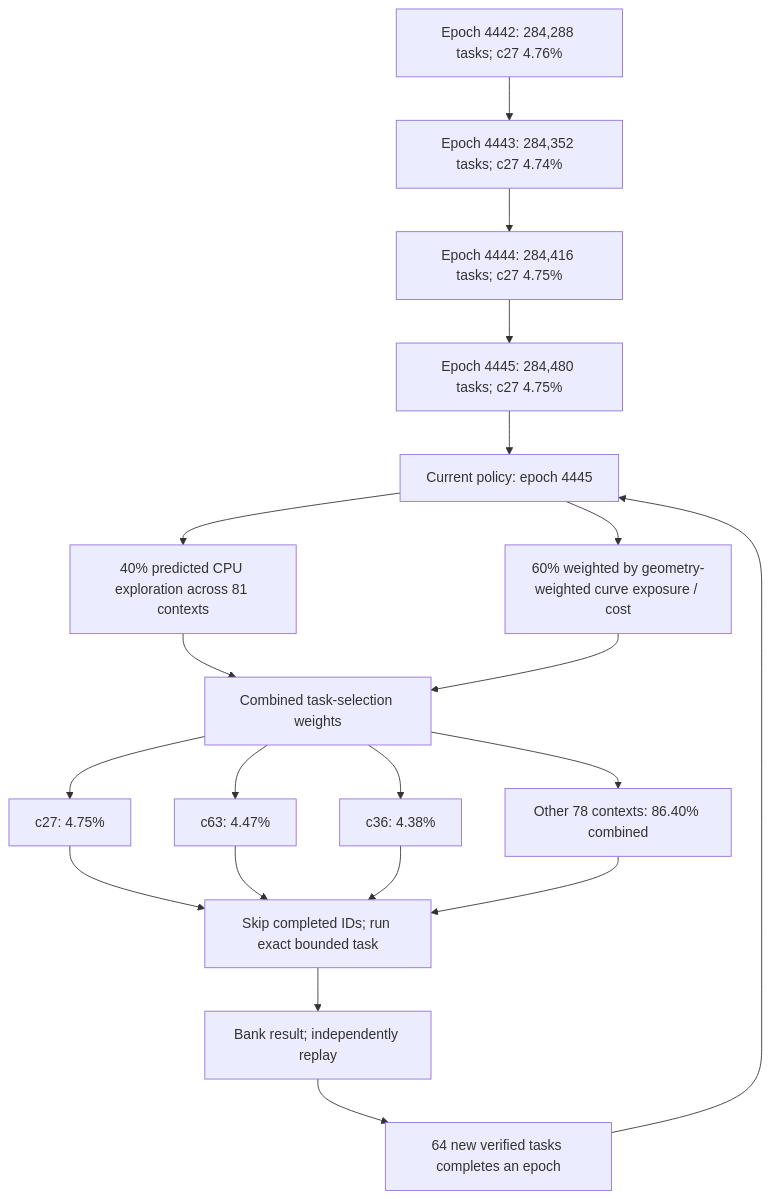
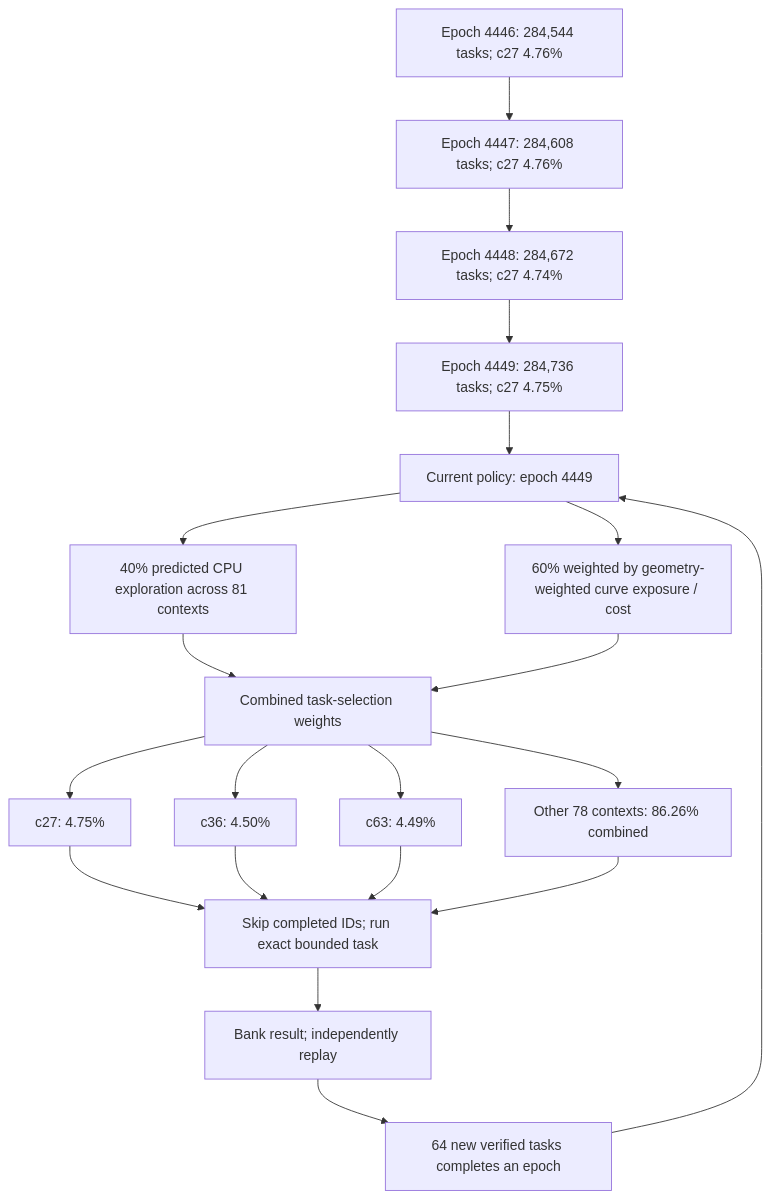
Before and after one commit to Kuberwastaken/math-gambling: the first of 3 diagrams in README.md, drawn with Mermaid. The commit also changed other lines of this file and 2001 other files, not shown here.

````diff
--- a/README.md
+++ b/README.md
@@ -60,27 +60,27 @@
 ```mermaid
 flowchart TD
-    H0["Epoch 4442: 284,288 tasks; c27 4.76%"]
-    H1["Epoch 4443: 284,352 tasks; c27 4.74%"]
+    H0["Epoch 4446: 284,544 tasks; c27 4.76%"]
+    H1["Epoch 4447: 284,608 tasks; c27 4.76%"]
     H0 --> H1
-    H2["Epoch 4444: 284,416 tasks; c27 4.75%"]
+    H2["Epoch 4448: 284,672 tasks; c27 4.74%"]
     H1 --> H2
-    H3["Epoch 4445: 284,480 tasks; c27 4.75%"]
+    H3["Epoch 4449: 284,736 tasks; c27 4.75%"]
     H2 --> H3
-    Policy["Current policy: epoch 4445"]
+    Policy["Current policy: epoch 4449"]
     H3 --> Policy
     Policy --> Explore["40% predicted CPU exploration across 81 contexts"]
     Policy --> Cost["60% weighted by geometry-weighted curve exposure / cost"]
     Explore --> Mix["Combined task-selection weights"]
     Cost --> Mix
     Mix --> C0["c27: 4.75%"]
-    Mix --> C1["c63: 4.47%"]
-    Mix --> C2["c36: 4.38%"]
-    Mix --> Rest["Other 78 contexts: 86.40% combined"]
+    Mix --> C1["c36: 4.50%"]
+    Mix --> C2["c63: 4.49%"]
+    Mix --> Rest["Other 78 contexts: 86.26% combined"]
     C0 --> Check["Skip completed IDs; run exact bounded task"]
     C1 --> Check
     C2 --> Check
     Rest --> Check
     Check --> Replay["Bank result; independently replay"]
     Replay --> Gate["64 new verified tasks completes an epoch"]
     Gate --> Policy
 ```
````
